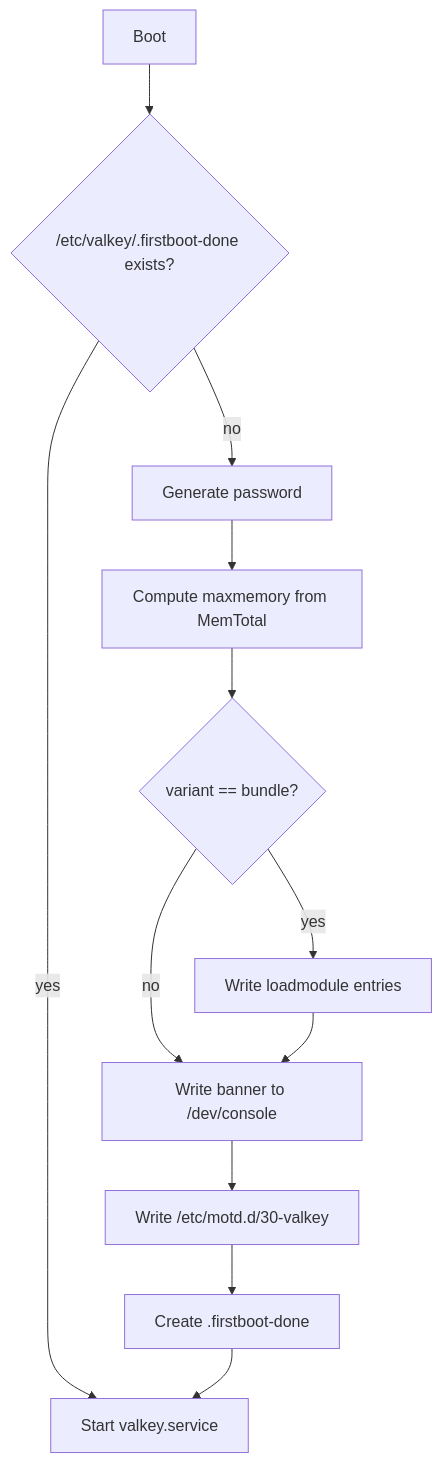
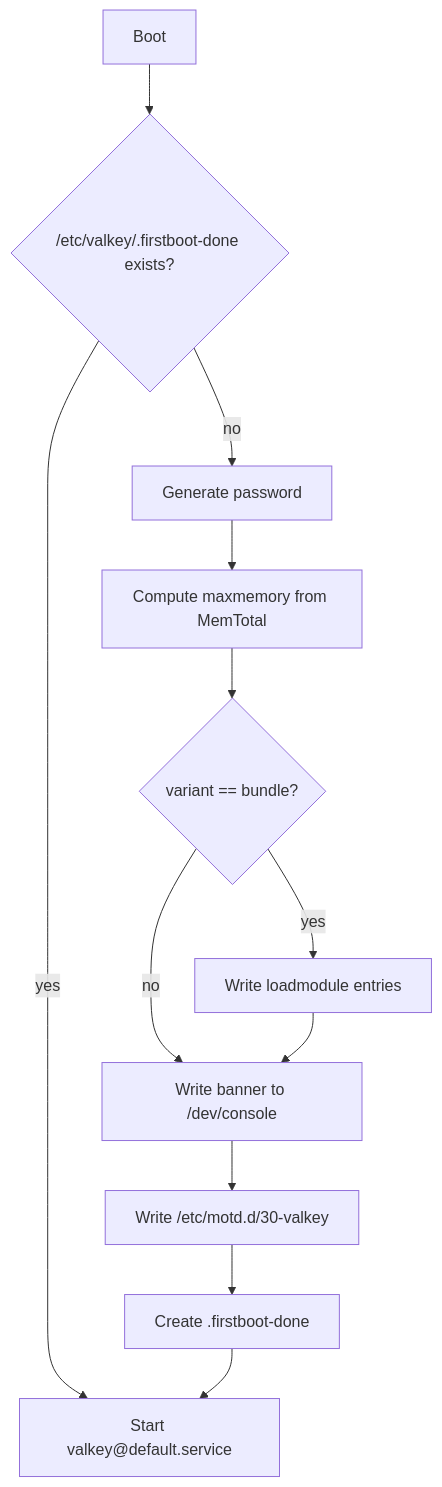
The second of 2 diagrams in docs/specs/2026-08-08-valkey-ami-design.md (EvgeniyPatlan/valkey-packaging), drawn with Mermaid before and after one commit. The commit also changed other lines of this file and 11 other files, not shown here.

````diff
--- a/docs/specs/2026-08-08-valkey-ami-design.md
+++ b/docs/specs/2026-08-08-valkey-ami-design.md
@@ -108,14 +108,14 @@
 ```mermaid
 flowchart TD
     S["Boot"] --> G{"/etc/valkey/.firstboot-done exists?"}
-    G -->|yes| V["Start valkey.service"]
+    G -->|yes| V["Start valkey@default.service"]
     G -->|no| P1["Generate password"]
     P1 --> P2["Compute maxmemory from MemTotal"]
     P2 --> P3{"variant == bundle?"}
     P3 -->|yes| P4["Write loadmodule entries"]
     P3 -->|no| P5["Write banner to /dev/console"]
     P4 --> P5
     P5 --> P6["Write /etc/motd.d/30-valkey"]
     P6 --> P7["Create .firstboot-done"]
     P7 --> V
 ```
````
